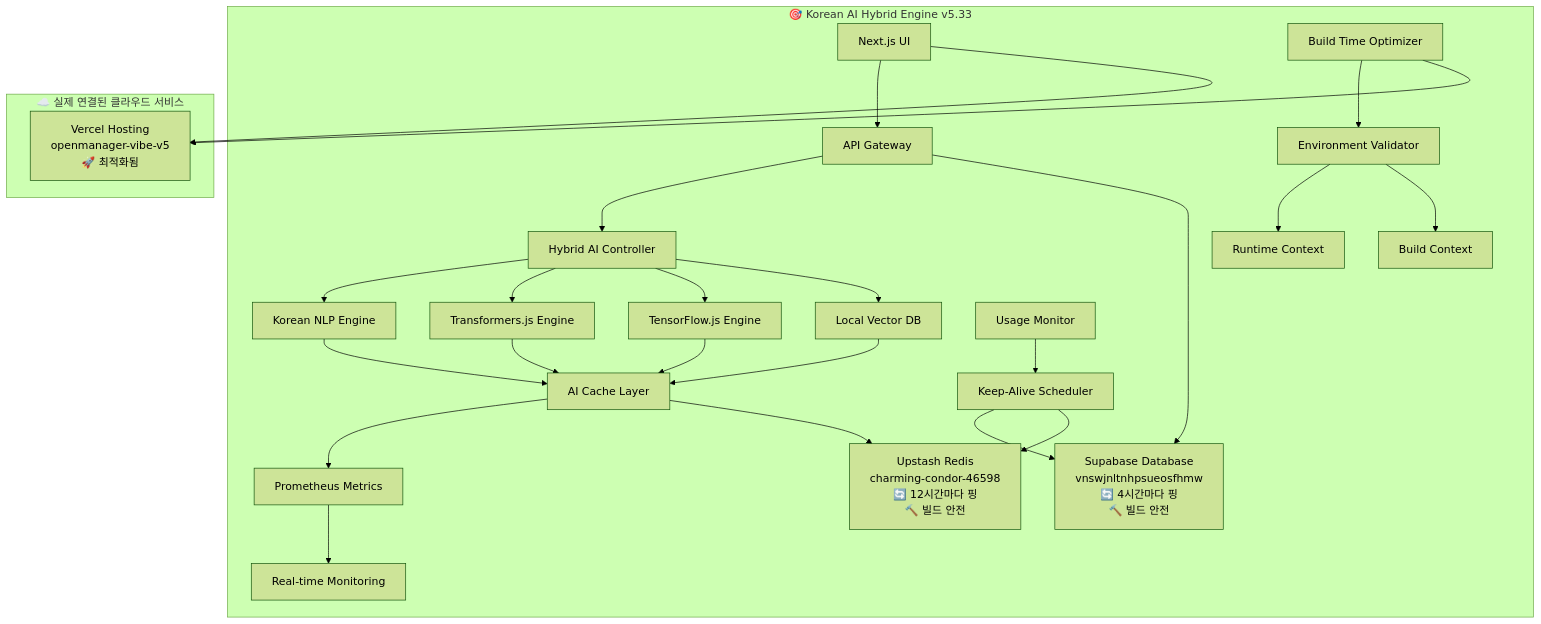
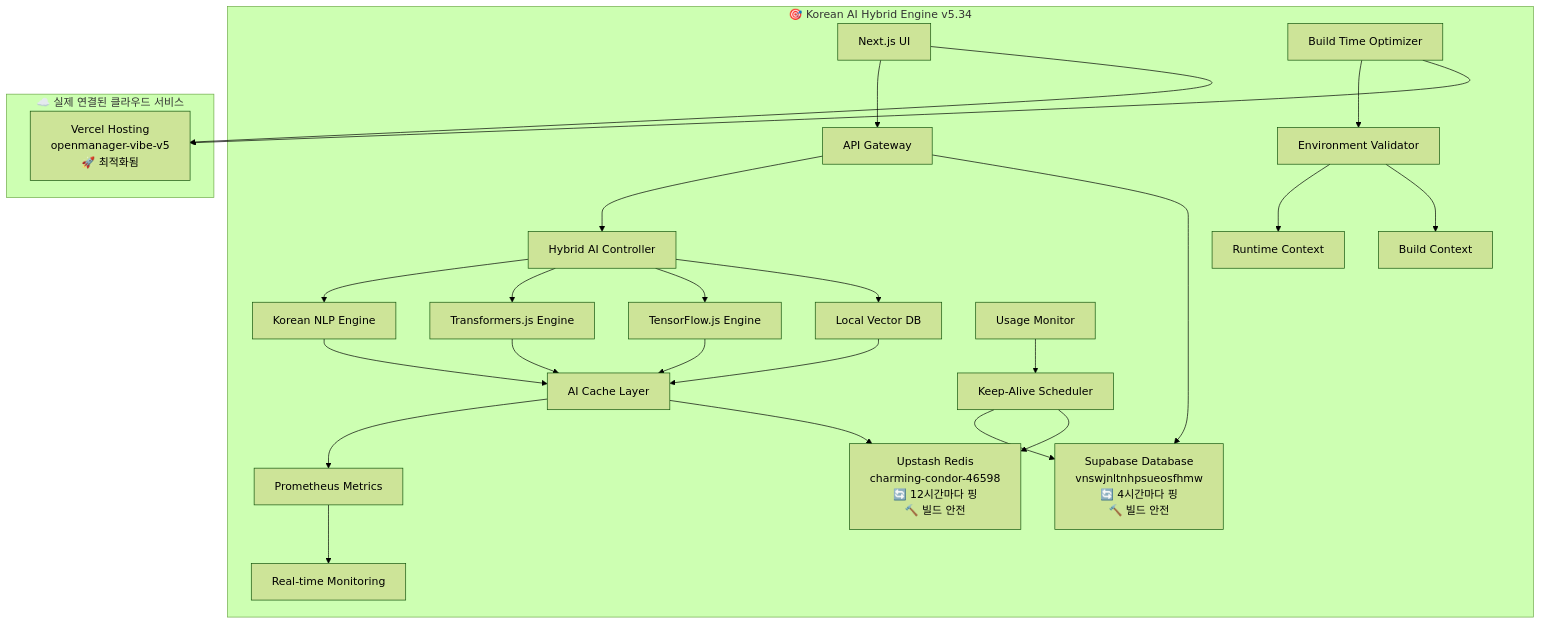
One commit to skyasu2/openmanager-vibe-v5 changed the first of 2 diagrams in README.md. Above: the diagram before and after it, drawn with Mermaid (forest theme). The commit also changed other lines of this file and 5 other files, not shown here.

````diff
--- a/README.md
+++ b/README.md
@@ -125,39 +125,39 @@
 ```mermaid
 graph TB
-    subgraph "🎯 Korean AI Hybrid Engine v5.33"
+    subgraph "🎯 Korean AI Hybrid Engine v5.34"
         UI["Next.js UI"] --> Gateway["API Gateway"]
         Gateway --> Hybrid["Hybrid AI Controller"]
 
         Hybrid --> Korean["Korean NLP Engine"]
         Hybrid --> TF["Transformers.js Engine"]
         Hybrid --> Tensor["TensorFlow.js Engine"]
         Hybrid --> Vector["Local Vector DB"]
 
         Korean --> Cache["AI Cache Layer"]
         TF --> Cache
         Tensor --> Cache
         Vector --> Cache
 
         Cache --> Metrics["Prometheus Metrics"]
         Metrics --> Monitor["Real-time Monitoring"]
 
         UsageMonitor["Usage Monitor"] --> KeepAlive["Keep-Alive Scheduler"]
         KeepAlive --> Supabase
         KeepAlive --> Redis
 
         BuildOptimizer["Build Time Optimizer"] --> EnvValidator["Environment Validator"]
         EnvValidator --> Runtime["Runtime Context"]
         EnvValidator --> BuildTime["Build Context"]
     end
 
     subgraph "☁️ 실제 연결된 클라우드 서비스"
         Supabase["Supabase Database<br/>vnswjnltnhpsueosfhmw<br/>🔄 4시간마다 핑<br/>🔨 빌드 안전"]
         Redis["Upstash Redis<br/>charming-condor-46598<br/>🔄 12시간마다 핑<br/>🔨 빌드 안전"]
         Vercel["Vercel Hosting<br/>openmanager-vibe-v5<br/>🚀 최적화됨"]
     end
 
     Gateway --> Supabase
     Cache --> Redis
     UI --> Vercel
     BuildOptimizer --> Vercel
 ```
````
